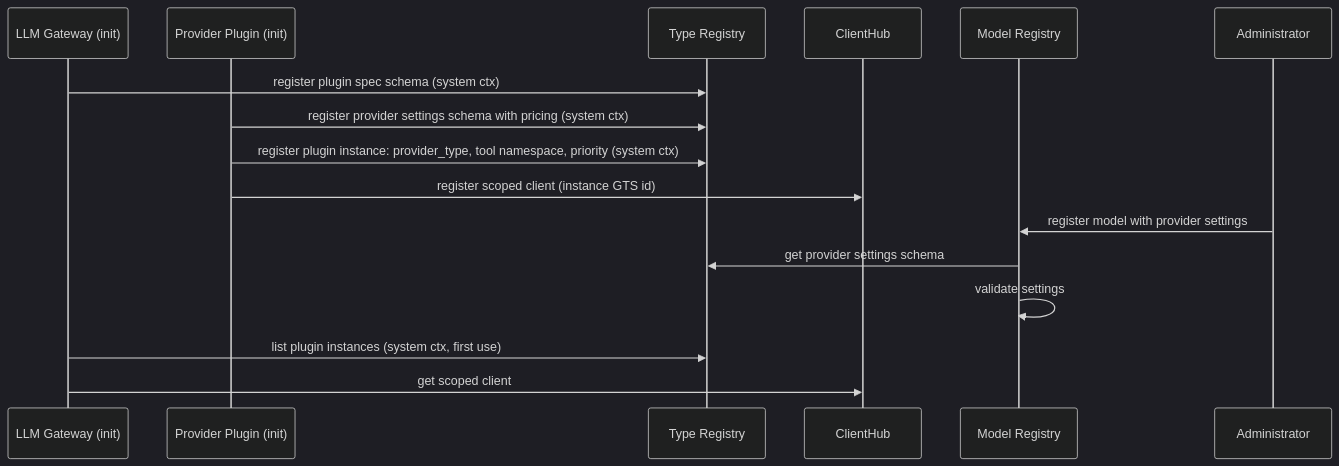
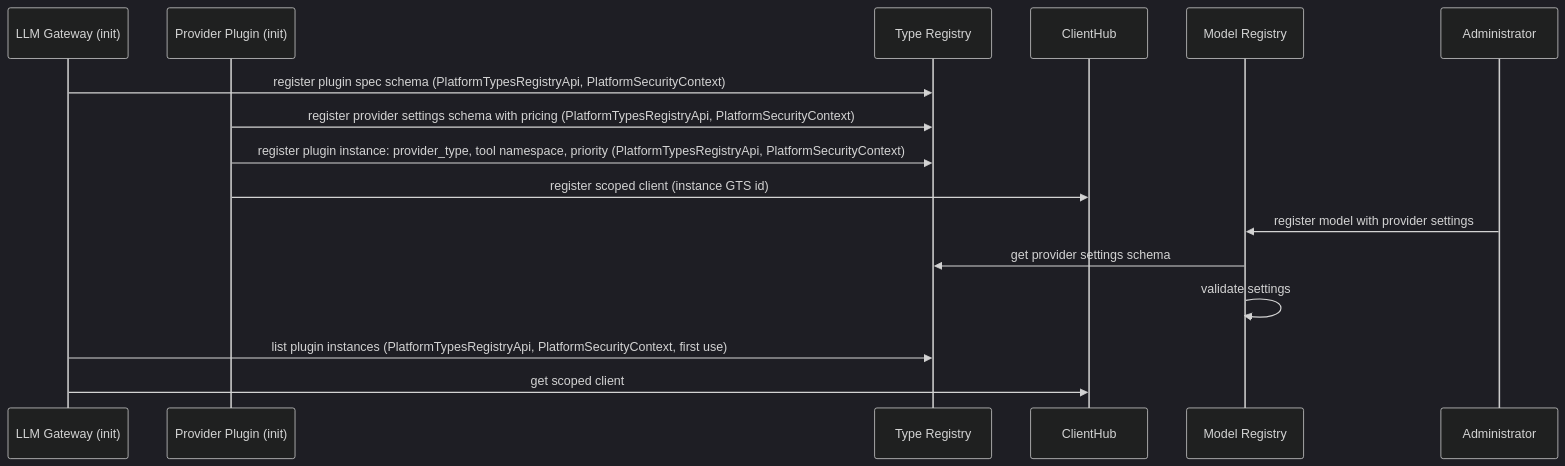
Diagram 13 of 14 in gears/llm-gateway/docs/DESIGN.md (AndIConstructor/gears-rust), drawn with Mermaid (dark theme) before and after one commit. The commit also changed other lines of this file and 1 other file, not shown here.

````diff
--- a/gears/llm-gateway/docs/DESIGN.md
+++ b/gears/llm-gateway/docs/DESIGN.md
@@ -1126,18 +1065,18 @@
 ```mermaid
 sequenceDiagram
     participant GW as LLM Gateway (init)
     participant PL as Provider Plugin (init)
     participant TY as Type Registry
     participant HUB as ClientHub
     participant MR as Model Registry
     participant ADM as Administrator
-    GW->>TY: register plugin spec schema (system ctx)
-    PL->>TY: register provider settings schema with pricing (system ctx)
-    PL->>TY: register plugin instance: provider_type, tool namespace, priority (system ctx)
+    GW->>TY: register plugin spec schema (PlatformTypesRegistryApi, PlatformSecurityContext)
+    PL->>TY: register provider settings schema with pricing (PlatformTypesRegistryApi, PlatformSecurityContext)
+    PL->>TY: register plugin instance: provider_type, tool namespace, priority (PlatformTypesRegistryApi, PlatformSecurityContext)
     PL->>HUB: register scoped client (instance GTS id)
     ADM->>MR: register model with provider settings
     MR->>TY: get provider settings schema
     MR->>MR: validate settings
-    GW->>TY: list plugin instances (system ctx, first use)
+    GW->>TY: list plugin instances (PlatformTypesRegistryApi, PlatformSecurityContext, first use)
     GW->>HUB: get scoped client
 ```
````
